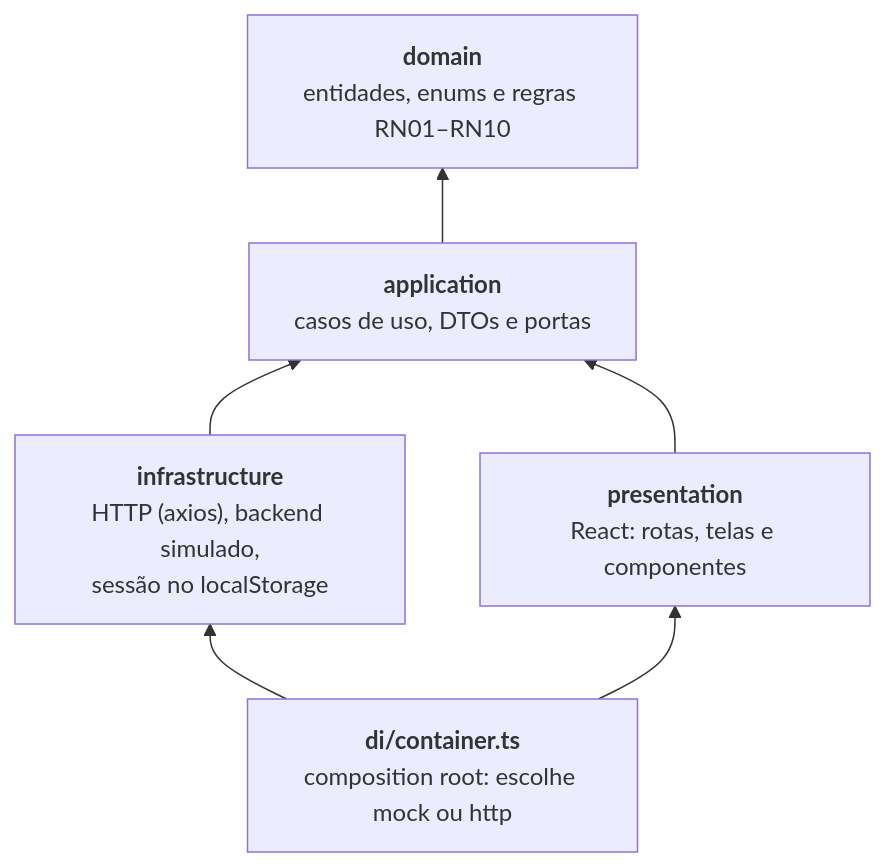
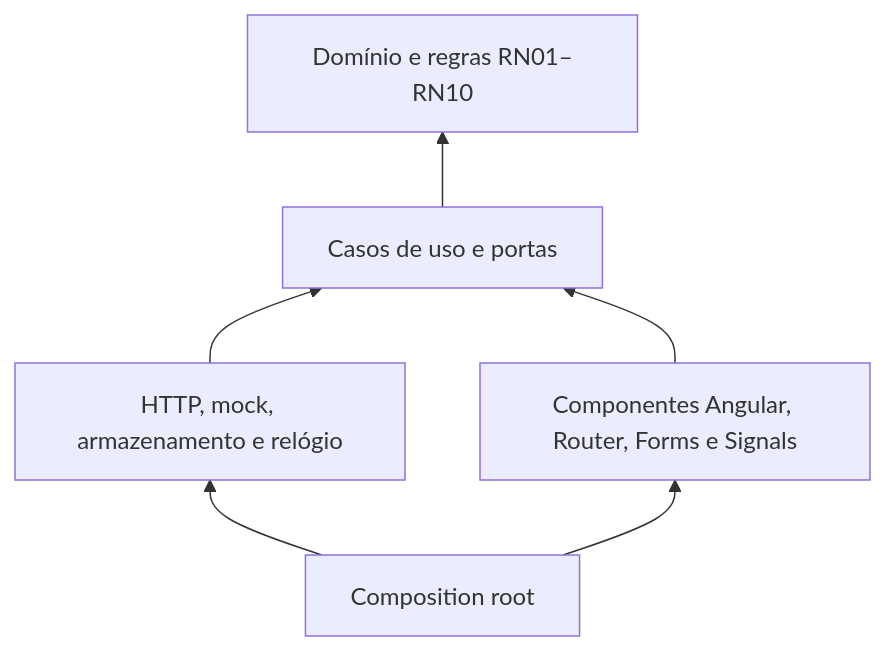
One commit to GabrielLTM/court-manager-frontend changed the diagram in README.md. Above: the diagram before and after it, drawn with Mermaid. The commit also changed other lines of this file and 247 other files, not shown here.

Commit message:
refactor: migrate frontend from React to Angular

````diff
--- a/README.md
+++ b/README.md
@@ -103,14 +78,8 @@
 ```mermaid
 flowchart BT
-    domain["<b>domain</b><br/>entidades, enums e regras RN01–RN10"]
-    application["<b>application</b><br/>casos de uso, DTOs e portas"]
-    infrastructure["<b>infrastructure</b><br/>HTTP (axios), backend simulado,<br/>sessão no localStorage"]
-    presentation["<b>presentation</b><br/>React: rotas, telas e componentes"]
-    di["<b>di/container.ts</b><br/>composition root: escolhe mock ou http"]
-
-    application --> domain
-    infrastructure --> application
-    presentation --> application
-    di --> infrastructure
-    di --> presentation
+ application[Casos de uso e portas] --> domain[Domínio e regras RN01–RN10]
+ infrastructure[HTTP, mock, armazenamento e relógio] --> application
+ presentation[Componentes Angular, Router, Forms e Signals] --> application
+ di[Composition root] --> infrastructure
+ di --> presentation
 ```
````
